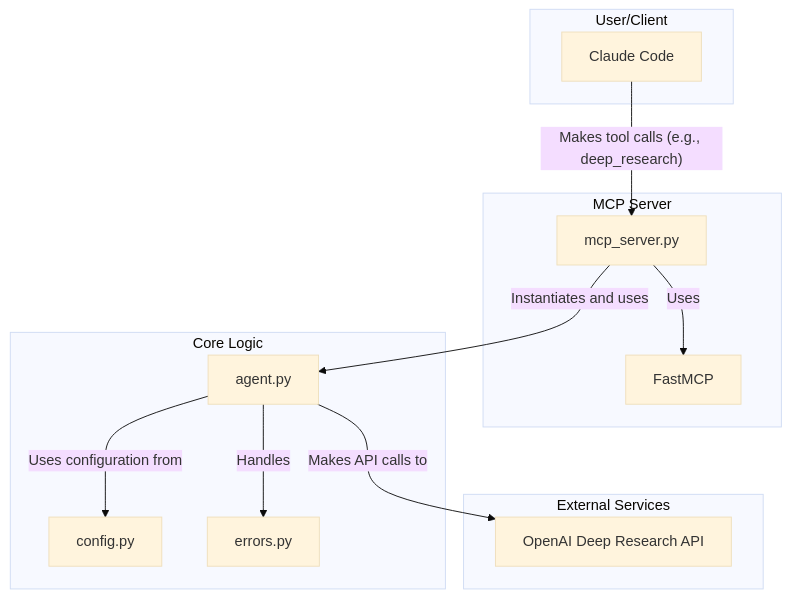
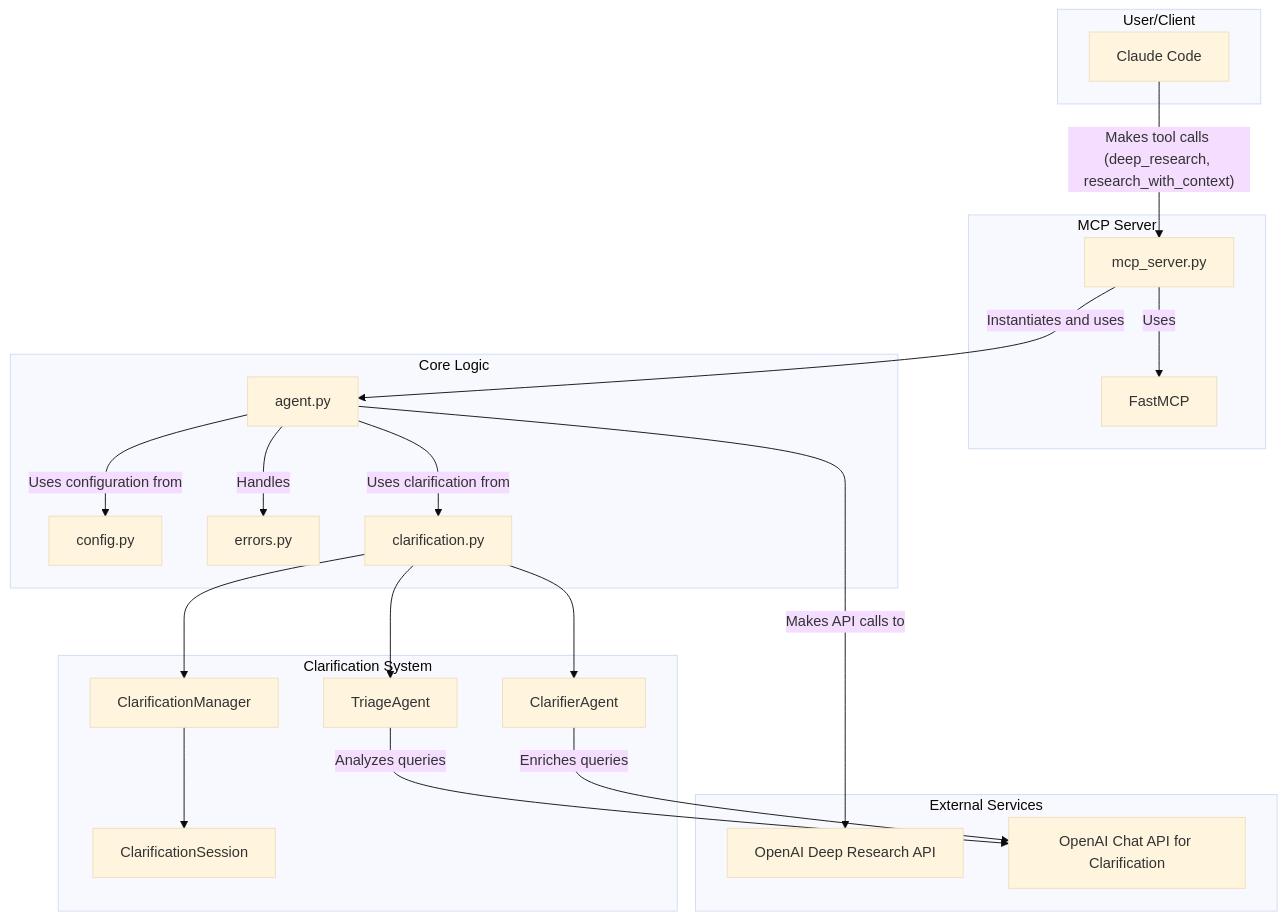
One commit to pminervini/deep-research-mcp changed the diagram in ARCH.md. Above: the diagram before and after it, drawn with Mermaid (base theme). The commit also changed other lines of this file and 12 other files, not shown here.

First line of the commit message:
feat: Add clarification system

````diff
--- a/ARCH.md
+++ b/ARCH.md
@@ -7,28 +7,45 @@
 ```mermaid
 graph TD
     subgraph User/Client
         A[Claude Code]
     end
 
     subgraph MCP Server
         B[mcp_server.py]
         C[FastMCP]
     end
 
     subgraph Core Logic
         D[agent.py]
         E[config.py]
         F[errors.py]
+        G[clarification.py]
+    end
+
+    subgraph Clarification System
+        G1[TriageAgent]
+        G2[ClarifierAgent]
+        G3[ClarificationManager]
+        G4[ClarificationSession]
     end
 
     subgraph External Services
         H[OpenAI Deep Research API]
+        I[OpenAI Chat API for Clarification]
     end
 
-    A -- "Makes tool calls (e.g., deep_research)" --> B
+    A -- "Makes tool calls (deep_research, research_with_context)" --> B
     B -- "Uses" --> C
     B -- "Instantiates and uses" --> D
     D -- "Uses configuration from" --> E
     D -- "Handles" --> F
+    D -- "Uses clarification from" --> G
     D -- "Makes API calls to" --> H
+    
+    G --> G1
+    G --> G2
+    G --> G3
+    G3 --> G4
+    G1 -- "Analyzes queries" --> I
+    G2 -- "Enriches queries" --> I
 ```
````
